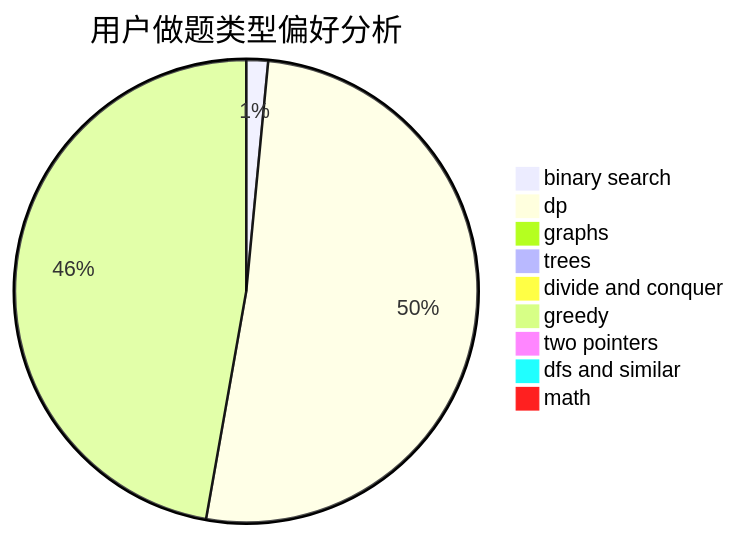
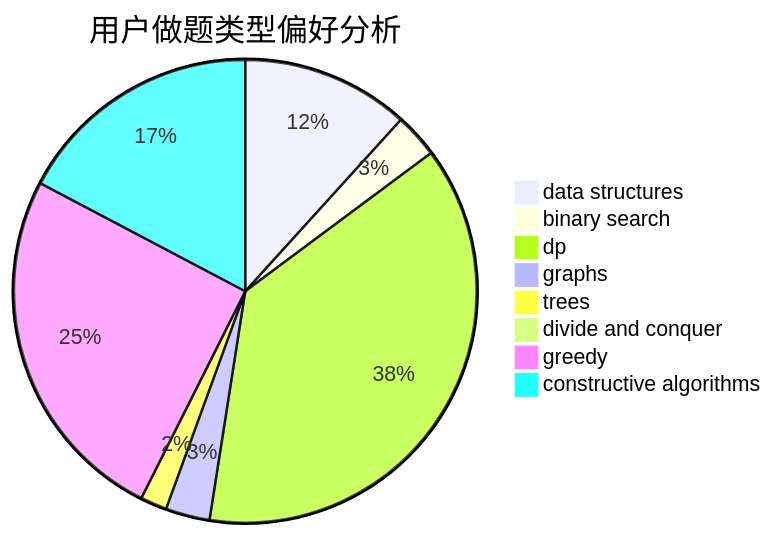
The second of 3 diagrams in docs/user/u2624.md (sherpahu/cfrs.github.io), drawn with Mermaid before and after one commit. The commit also changed other lines of this file and 2775 other files, not shown here.

````diff
--- a/docs/user/u2624.md
+++ b/docs/user/u2624.md
@@ -23,12 +23,11 @@
 ```mermaid
 pie title 用户做题类型偏好分析
-    "binary search" :  9
-    "dp" :  304
+    "data structures" :  19
+    "binary search" :  5
+    "dp" :  61
     "graphs" :  5
     "trees" :  3
-    "divide and conquer" :  1
-    "greedy" :  280
-    "two pointers" :  4
-    "dfs and similar" :  3
-    "math" :  3
+    "divide and conquer" :  0
+    "greedy" :  41
+    "constructive algorithms" :  28
 ```
````
